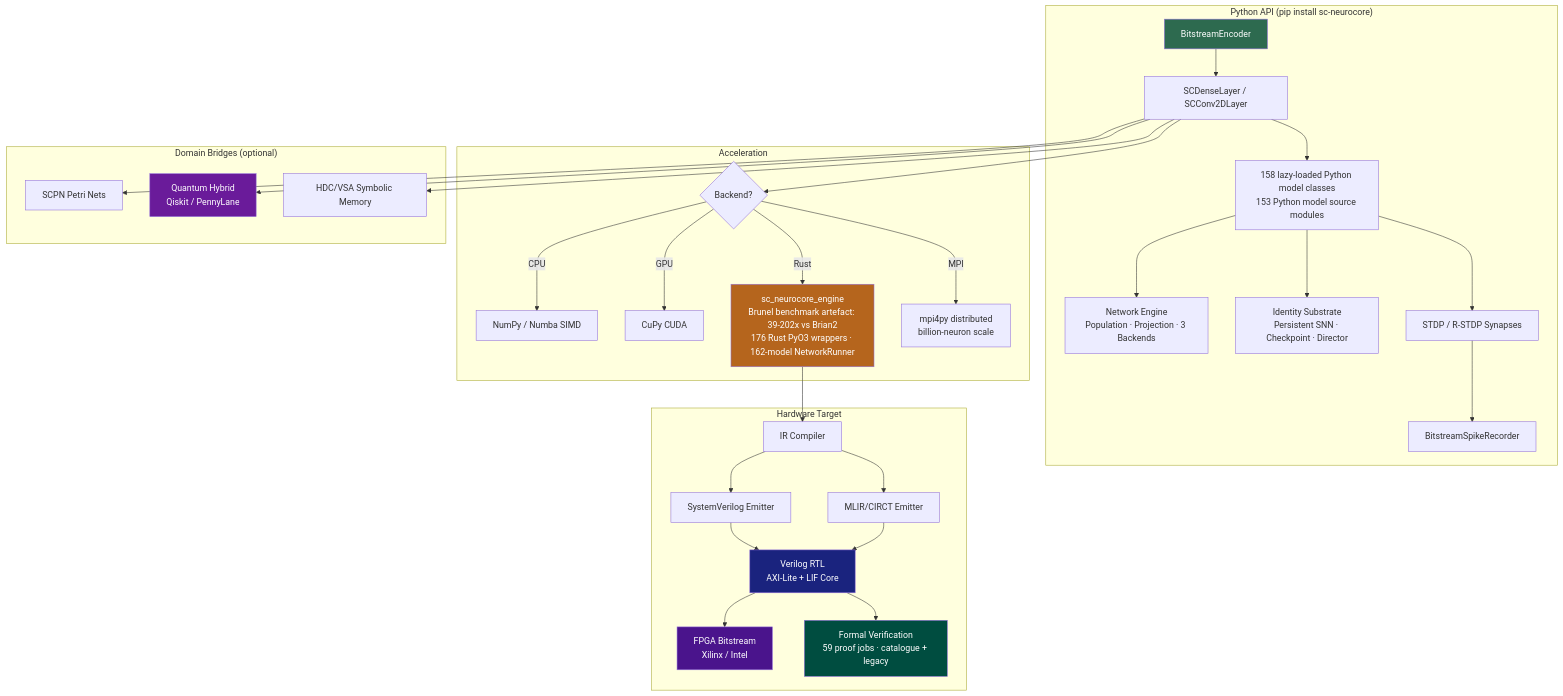
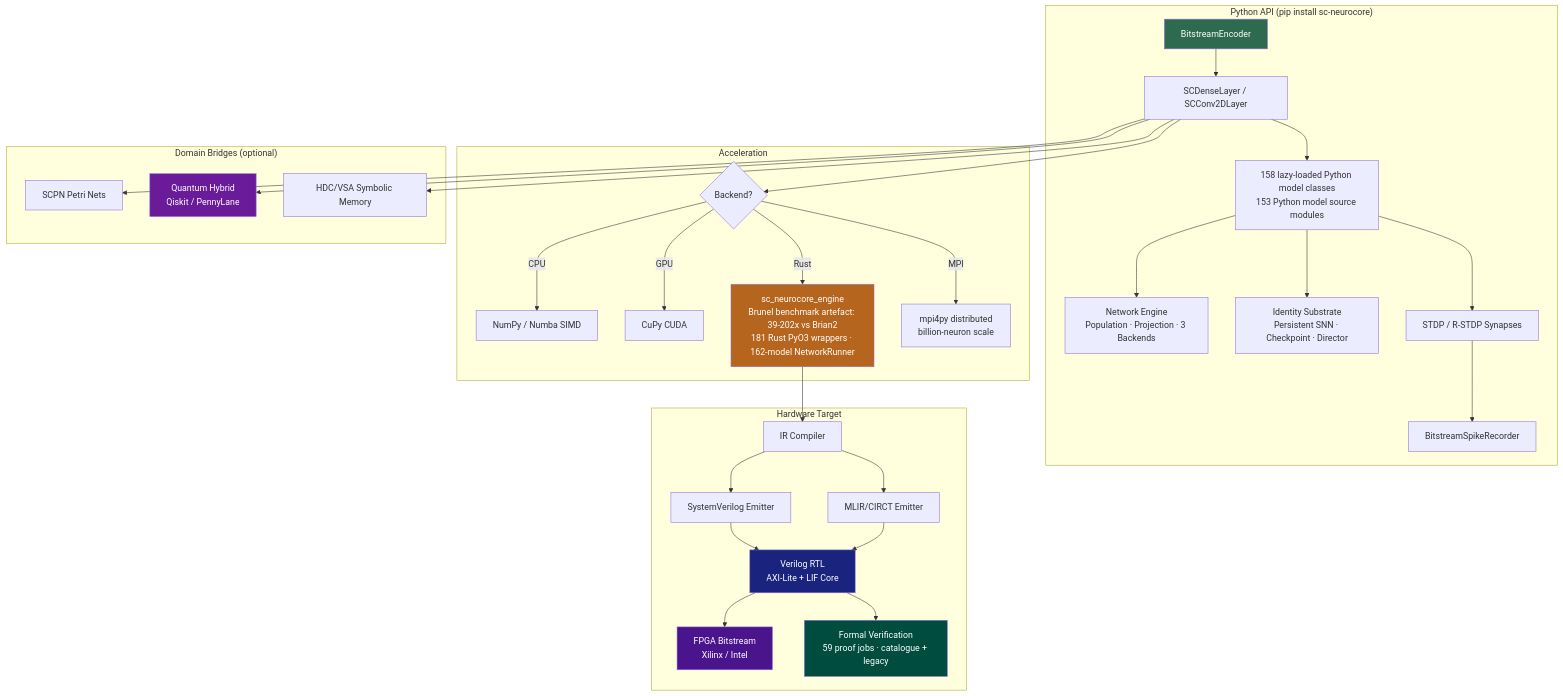
One commit to anulum/sc-neurocore changed the diagram in README.md. Above: the diagram before and after it, drawn with Mermaid. The commit also changed other lines of this file and 10 other files, not shown here.

````diff
--- a/README.md
+++ b/README.md
@@ -365,42 +365,42 @@
 ```mermaid
 graph TD
     subgraph "Python API (pip install sc-neurocore)"
         A[BitstreamEncoder] --> B[SCDenseLayer / SCConv2DLayer]
         B --> C[158 lazy-loaded Python model classes<br/>153 Python model source modules]
         C --> NET[Network Engine<br/>Population · Projection · 3 Backends]
         C --> ID[Identity Substrate<br/>Persistent SNN · Checkpoint · Director]
         C --> D[STDP / R-STDP Synapses]
         D --> E[BitstreamSpikeRecorder]
     end
 
     subgraph "Acceleration"
         B --> F{Backend?}
         F -->|CPU| G[NumPy / Numba SIMD]
         F -->|GPU| H[CuPy CUDA]
-        F -->|Rust| I[sc_neurocore_engine<br/>Brunel benchmark artefact: 39-202x vs Brian2<br/>176 Rust PyO3 wrappers · 162-model NetworkRunner]
+        F -->|Rust| I[sc_neurocore_engine<br/>Brunel benchmark artefact: 39-202x vs Brian2<br/>181 Rust PyO3 wrappers · 162-model NetworkRunner]
         F -->|MPI| MPI[mpi4py distributed<br/>billion-neuron scale]
     end
 
     subgraph "Hardware Target"
         I --> J[IR Compiler]
         J --> K[SystemVerilog Emitter]
         J --> K2[MLIR/CIRCT Emitter]
         K --> L[Verilog RTL<br/>AXI-Lite + LIF Core]
         K2 --> L
         L --> M[FPGA Bitstream<br/>Xilinx / Intel]
         L --> V[Formal Verification<br/>59 proof jobs · catalogue + legacy]
     end
 
     subgraph "Domain Bridges (optional)"
         B --> N[SCPN Petri Nets]
         B --> O[Quantum Hybrid<br/>Qiskit / PennyLane]
         B --> P[HDC/VSA Symbolic Memory]
     end
 
     style A fill:#2d6a4f,color:#fff
     style I fill:#b5651d,color:#fff
     style L fill:#1a237e,color:#fff
     style M fill:#4a148c,color:#fff
     style O fill:#6a1b9a,color:#fff
     style V fill:#004d40,color:#fff
 ```
````
